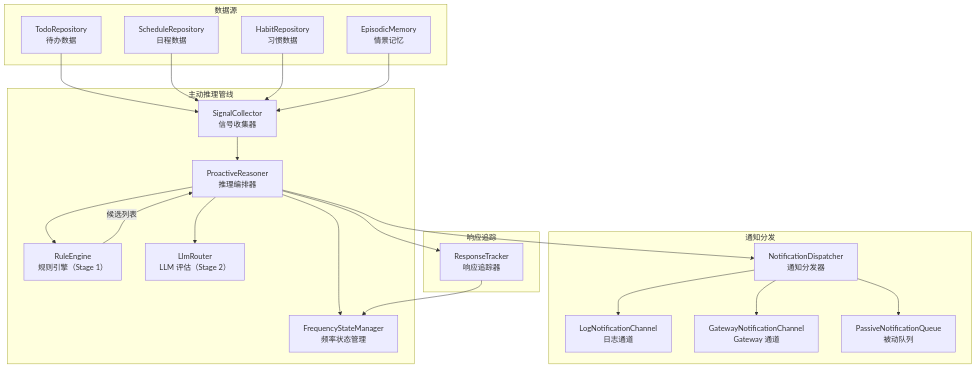
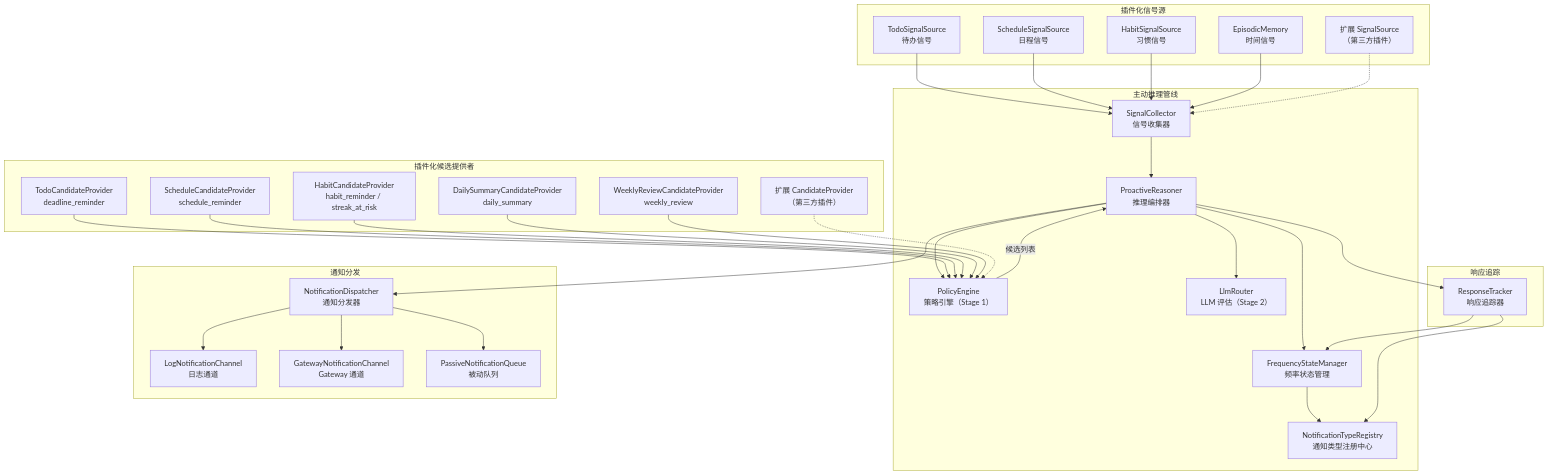
The first of 4 diagrams in docs/architecture/proactive-reasoning.md (ntygod/LifePilot), drawn with Mermaid before and after one commit. The commit also changed other lines of this file and 7 other files, not shown here.

````diff
--- a/docs/architecture/proactive-reasoning.md
+++ b/docs/architecture/proactive-reasoning.md
@@ -13,44 +15,58 @@
 ```mermaid
 graph TB
-    subgraph "数据源"
-        TODO["TodoRepository<br/>待办数据"]
-        SCHED["ScheduleRepository<br/>日程数据"]
-        HABIT["HabitRepository<br/>习惯数据"]
-        EPIS["EpisodicMemory<br/>情景记忆"]
+    subgraph "插件化信号源"
+        TSS["TodoSignalSource<br/>待办信号"]
+        SSS["ScheduleSignalSource<br/>日程信号"]
+        HSS["HabitSignalSource<br/>习惯信号"]
+        EPIS["EpisodicMemory<br/>时间信号"]
+        EXT["扩展 SignalSource<br/>（第三方插件）"]
     end
 
     subgraph "主动推理管线"
         SC["SignalCollector<br/>信号收集器"]
-        RE["RuleEngine<br/>规则引擎（Stage 1）"]
+        PE["PolicyEngine<br/>策略引擎（Stage 1）"]
         PR["ProactiveReasoner<br/>推理编排器"]
         LLM["LlmRouter<br/>LLM 评估（Stage 2）"]
         FSM["FrequencyStateManager<br/>频率状态管理"]
+        NTR["NotificationTypeRegistry<br/>通知类型注册中心"]
+    end
+
+    subgraph "插件化候选提供者"
+        TCP["TodoCandidateProvider<br/>deadline_reminder"]
+        SCP["ScheduleCandidateProvider<br/>schedule_reminder"]
+        HCP["HabitCandidateProvider<br/>habit_reminder / streak_at_risk"]
+        DSP["DailySummaryCandidateProvider<br/>daily_summary"]
+        WRP["WeeklyReviewCandidateProvider<br/>weekly_review"]
+        ECP["扩展 CandidateProvider<br/>（第三方插件）"]
     end
 
     subgraph "通知分发"
         ND["NotificationDispatcher<br/>通知分发器"]
         LOG["LogNotificationChannel<br/>日志通道"]
         GW["GatewayNotificationChannel<br/>Gateway 通道"]
         PQ["PassiveNotificationQueue<br/>被动队列"]
     end
 
     subgraph "响应追踪"
         RT["ResponseTracker<br/>响应追踪器"]
     end
 
-    TODO --> SC
-    SCHED --> SC
-    HABIT --> SC
+    TSS & SSS & HSS --> SC
     EPIS --> SC
+    EXT -.-> SC
     SC --> PR
-    PR --> RE
-    RE -->|候选列表| PR
+    PR --> PE
+    TCP & SCP & HCP & DSP & WRP --> PE
+    ECP -.-> PE
+    PE -->|候选列表| PR
     PR --> FSM
+    FSM --> NTR
     PR --> LLM
     PR --> ND
     ND --> LOG
     ND --> GW
     ND --> PQ
     PR --> RT
     RT --> FSM
+    RT --> NTR
 ```
````
